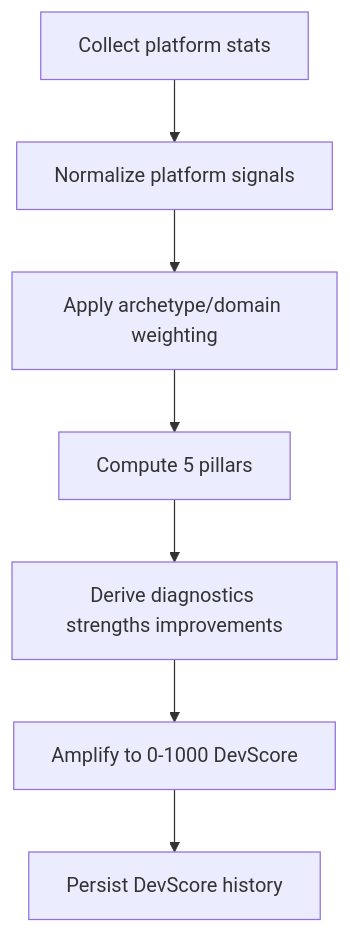
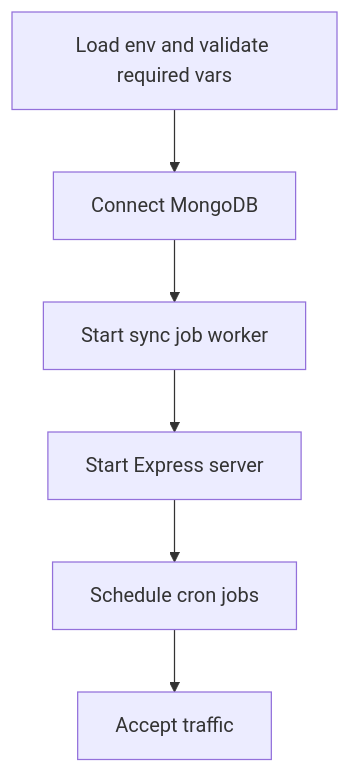
Before and after one commit to SubhashKumar14/DevFolio-App: the fifth of 6 diagrams in documentation/ARCHITECTURE.md, drawn with Mermaid. The commit also changed other lines of this file and 22 other files, not shown here.

Commit message:
docs: add theoretical foundations to diagram-first documentation

````diff
--- a/documentation/ARCHITECTURE.md
+++ b/documentation/ARCHITECTURE.md
@@ -104,9 +153,8 @@
 ```mermaid
 flowchart TD
-  S1[Collect platform stats] --> S2[Normalize platform signals]
-  S2 --> S3[Apply archetype/domain weighting]
-  S3 --> S4[Compute 5 pillars]
-  S4 --> S5[Derive diagnostics strengths improvements]
-  S5 --> S6[Amplify to 0-1000 DevScore]
-  S6 --> S7[Persist DevScore history]
+  S1[Load env and validate required vars] --> S2[Connect MongoDB]
+  S2 --> S3[Start sync job worker]
+  S3 --> S4[Start Express server]
+  S4 --> S5[Schedule cron jobs]
+  S5 --> S6[Accept traffic]
 ```
````
